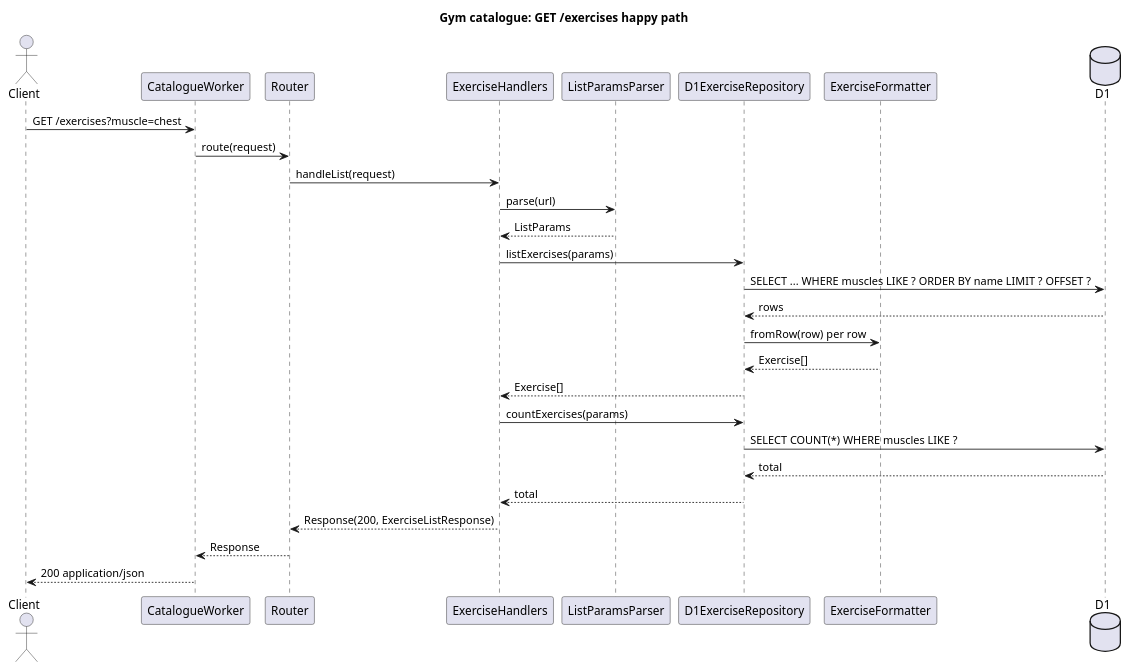
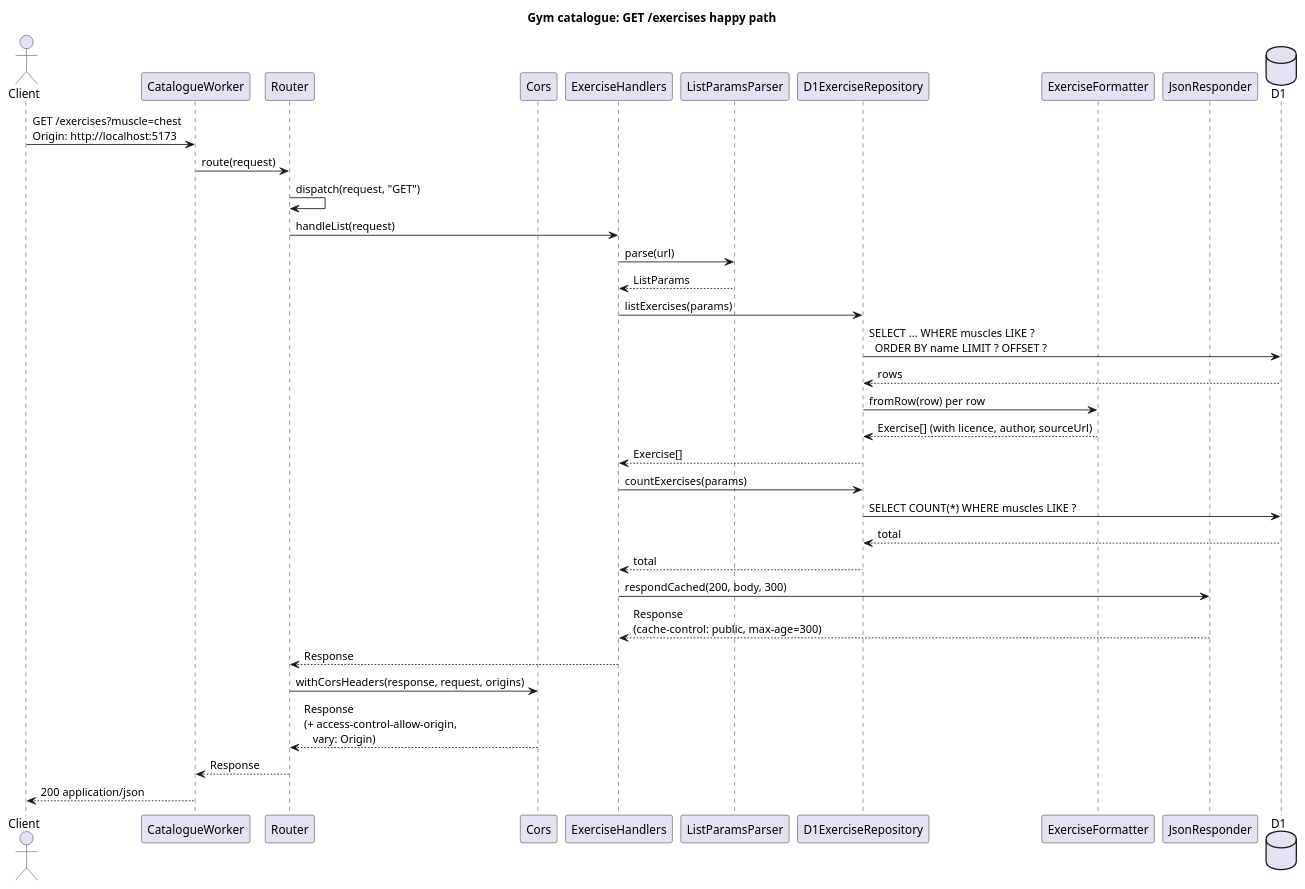
The diagram in docs/uml/catalogue/sequence-get-exercises.puml (bobosiband/Gym), drawn with PlantUML before and after one commit. The commit also changed 6 other files, not shown here.

```diff
--- a/docs/uml/catalogue/sequence-get-exercises.puml
+++ b/docs/uml/catalogue/sequence-get-exercises.puml
@@ -1,32 +1,39 @@
 @startuml catalogue-get-exercises
 title Gym catalogue: GET /exercises happy path
 
 actor Client
 participant "CatalogueWorker" as Worker
 participant "Router" as Router
+participant "Cors" as Cors
 participant "ExerciseHandlers" as Handlers
 participant "ListParamsParser" as Parser
 participant "D1ExerciseRepository" as Repo
 participant "ExerciseFormatter" as Fmt
+participant "JsonResponder" as Json
 database "D1" as DB
 
-Client -> Worker : GET /exercises?muscle=chest
+Client -> Worker : GET /exercises?muscle=chest\nOrigin: http://localhost:5173
 Worker -> Router : route(request)
+Router -> Router : dispatch(request, "GET")
 Router -> Handlers : handleList(request)
 Handlers -> Parser : parse(url)
 Parser --> Handlers : ListParams
 Handlers -> Repo : listExercises(params)
-Repo -> DB : SELECT ... WHERE muscles LIKE ? ORDER BY name LIMIT ? OFFSET ?
+Repo -> DB : SELECT ... WHERE muscles LIKE ?\n  ORDER BY name LIMIT ? OFFSET ?
 DB --> Repo : rows
 Repo -> Fmt : fromRow(row) per row
-Fmt --> Repo : Exercise[]
+Fmt --> Repo : Exercise[] (with licence, author, sourceUrl)
 Repo --> Handlers : Exercise[]
 Handlers -> Repo : countExercises(params)
 Repo -> DB : SELECT COUNT(*) WHERE muscles LIKE ?
 DB --> Repo : total
 Repo --> Handlers : total
-Handlers --> Router : Response(200, ExerciseListResponse)
+Handlers -> Json : respondCached(200, body, 300)
+Json --> Handlers : Response\n(cache-control: public, max-age=300)
+Handlers --> Router : Response
+Router -> Cors : withCorsHeaders(response, request, origins)
+Cors --> Router : Response\n(+ access-control-allow-origin,\n   vary: Origin)
 Router --> Worker : Response
 Worker --> Client : 200 application/json
 
 @enduml
```
